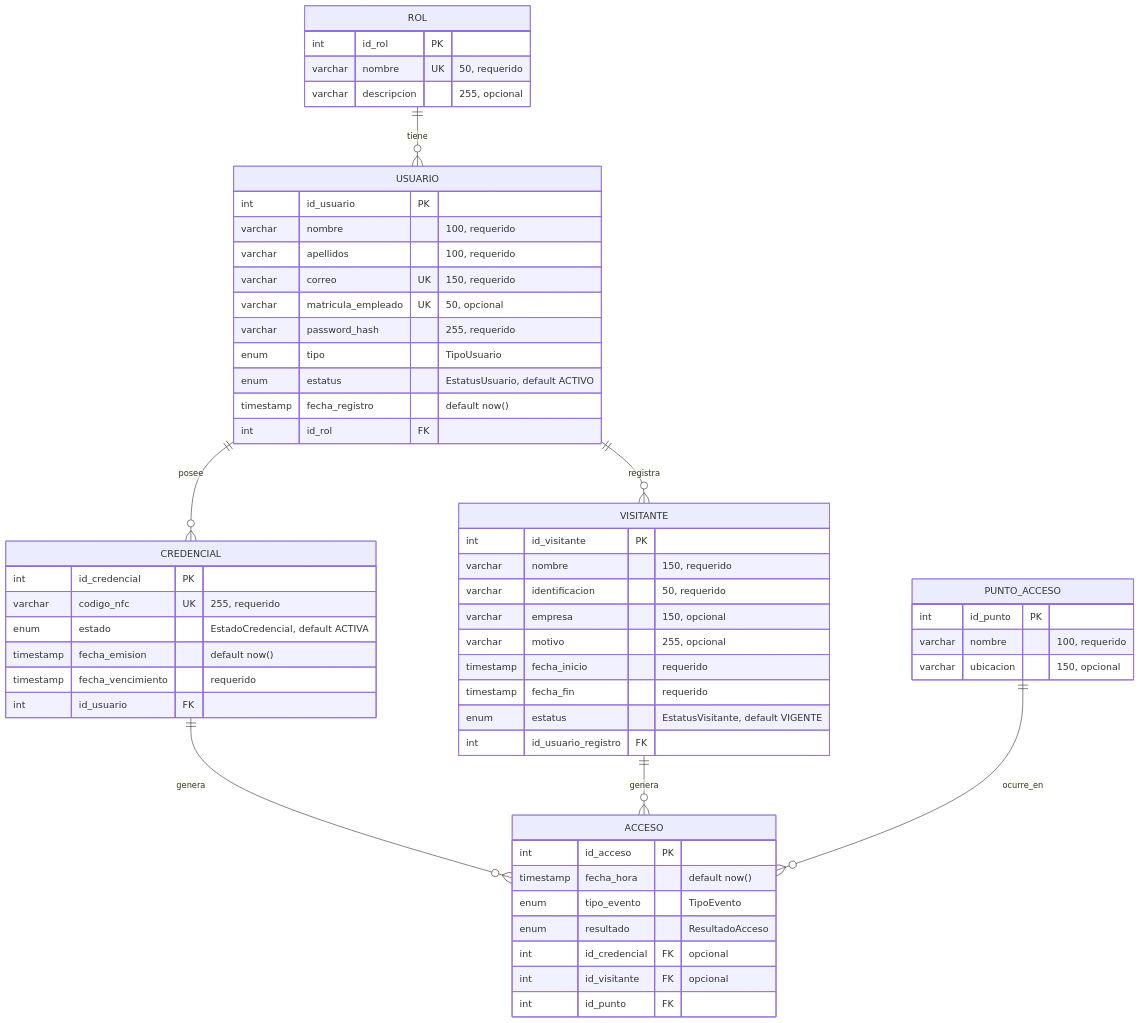
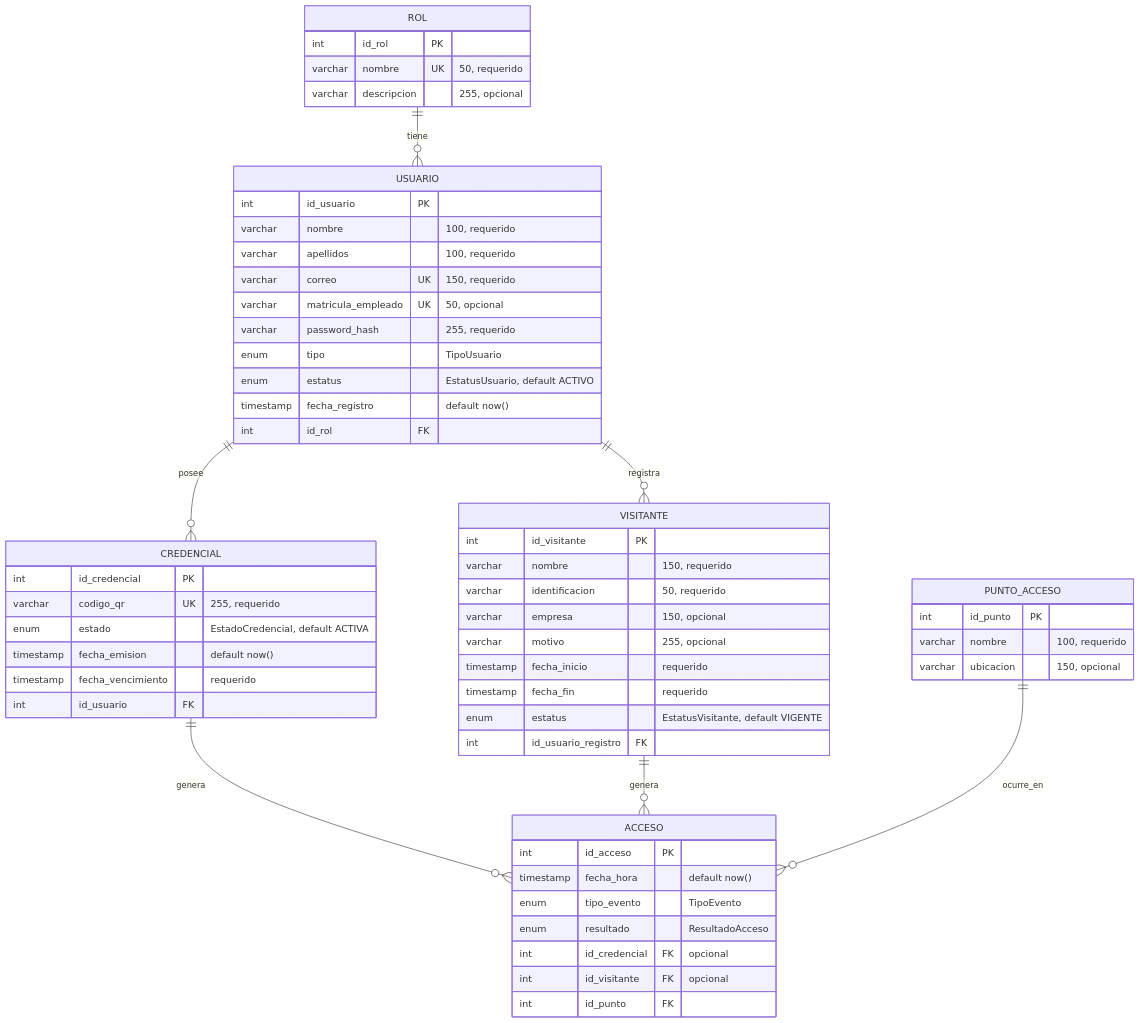
One commit to Joel-Acvdo/SICAD changed the diagram in documentacion/tecnica/base-de-datos.md. Above: the diagram before and after it, drawn with Mermaid. The commit also changed other lines of this file and 3 other files, not shown here.

Commit message:
refactor(bd): renombra codigo_nfc a codigo_qr en esquema y migracion

````diff
--- a/documentacion/tecnica/base-de-datos.md
+++ b/documentacion/tecnica/base-de-datos.md
@@ -9,65 +9,65 @@
 ```mermaid
 erDiagram
     ROL ||--o{ USUARIO : "tiene"
     USUARIO ||--o{ CREDENCIAL : "posee"
     USUARIO ||--o{ VISITANTE : "registra"
     CREDENCIAL ||--o{ ACCESO : "genera"
     VISITANTE ||--o{ ACCESO : "genera"
     PUNTO_ACCESO ||--o{ ACCESO : "ocurre_en"
 
     ROL {
         int id_rol PK
         varchar nombre UK "50, requerido"
         varchar descripcion "255, opcional"
     }
 
     USUARIO {
         int id_usuario PK
         varchar nombre "100, requerido"
         varchar apellidos "100, requerido"
         varchar correo UK "150, requerido"
         varchar matricula_empleado UK "50, opcional"
         varchar password_hash "255, requerido"
         enum tipo "TipoUsuario"
         enum estatus "EstatusUsuario, default ACTIVO"
         timestamp fecha_registro "default now()"
         int id_rol FK
     }
 
     CREDENCIAL {
         int id_credencial PK
-        varchar codigo_nfc UK "255, requerido"
+        varchar codigo_qr UK "255, requerido"
         enum estado "EstadoCredencial, default ACTIVA"
         timestamp fecha_emision "default now()"
         timestamp fecha_vencimiento "requerido"
         int id_usuario FK
     }
 
     VISITANTE {
         int id_visitante PK
         varchar nombre "150, requerido"
         varchar identificacion "50, requerido"
         varchar empresa "150, opcional"
         varchar motivo "255, opcional"
         timestamp fecha_inicio "requerido"
         timestamp fecha_fin "requerido"
         enum estatus "EstatusVisitante, default VIGENTE"
         int id_usuario_registro FK
     }
 
     PUNTO_ACCESO {
         int id_punto PK
         varchar nombre "100, requerido"
         varchar ubicacion "150, opcional"
     }
 
     ACCESO {
         int id_acceso PK
         timestamp fecha_hora "default now()"
         enum tipo_evento "TipoEvento"
         enum resultado "ResultadoAcceso"
         int id_credencial FK "opcional"
         int id_visitante FK "opcional"
         int id_punto FK
     }
 ```
````
